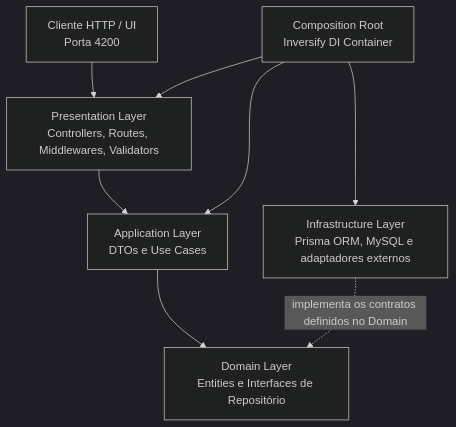
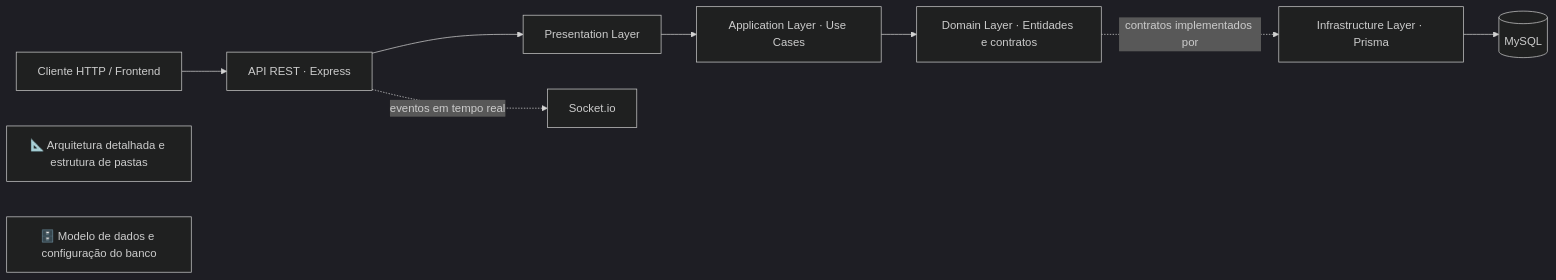
One commit to DiegoSantos18/NATIVE.CustomerManagement.API changed the diagram in README.md. Above: the diagram before and after it, drawn with Mermaid (dark theme). The commit also changed other lines of this file and 8 other files, not shown here.

Commit message:
docs(api): organize architecture and database documentation

````diff
--- a/README.md
+++ b/README.md
@@ -27,10 +26,15 @@
 ```mermaid
-graph TD
-    Client["Cliente HTTP / UI<br/>Porta 4200"] --> Presentation["Presentation Layer<br/>Controllers, Routes, Middlewares, Validators"]
-    Presentation --> Application["Application Layer<br/>DTOs e Use Cases"]
-    Application --> Domain["Domain Layer<br/>Entities e Interfaces de Repositório"]
-    Infrastructure["Infrastructure Layer<br/>Prisma ORM, MySQL e adaptadores externos"] -. "implementa os contratos definidos no Domain" .-> Domain
-    Composition["Composition Root<br/>Inversify DI Container"] --> Presentation
-    Composition --> Application
-    Composition --> Infrastructure
+flowchart LR
+    Client["Cliente HTTP / Frontend"] --> API["API REST · Express"]
+    API --> Presentation["Presentation Layer"]
+    Presentation --> Application["Application Layer · Use Cases"]
+    Application --> Domain["Domain Layer · Entidades e contratos"]
+    Domain -. "contratos implementados por" .-> Infrastructure["Infrastructure Layer · Prisma"]
+    Infrastructure --> DB[("MySQL")]
+    API -. "eventos em tempo real" .-> Socket["Socket.io"]
+
+    ArchitectureDoc["📐 Arquitetura detalhada e estrutura de pastas"]
+    DatabaseDoc["🗄️ Modelo de dados e configuração do banco"]
+    click ArchitectureDoc "./docs/architecture.md" "Abrir arquitetura detalhada"
+    click DatabaseDoc "./docs/database.md#modelo-de-dados" "Abrir o modelo de dados"
 ```
````
